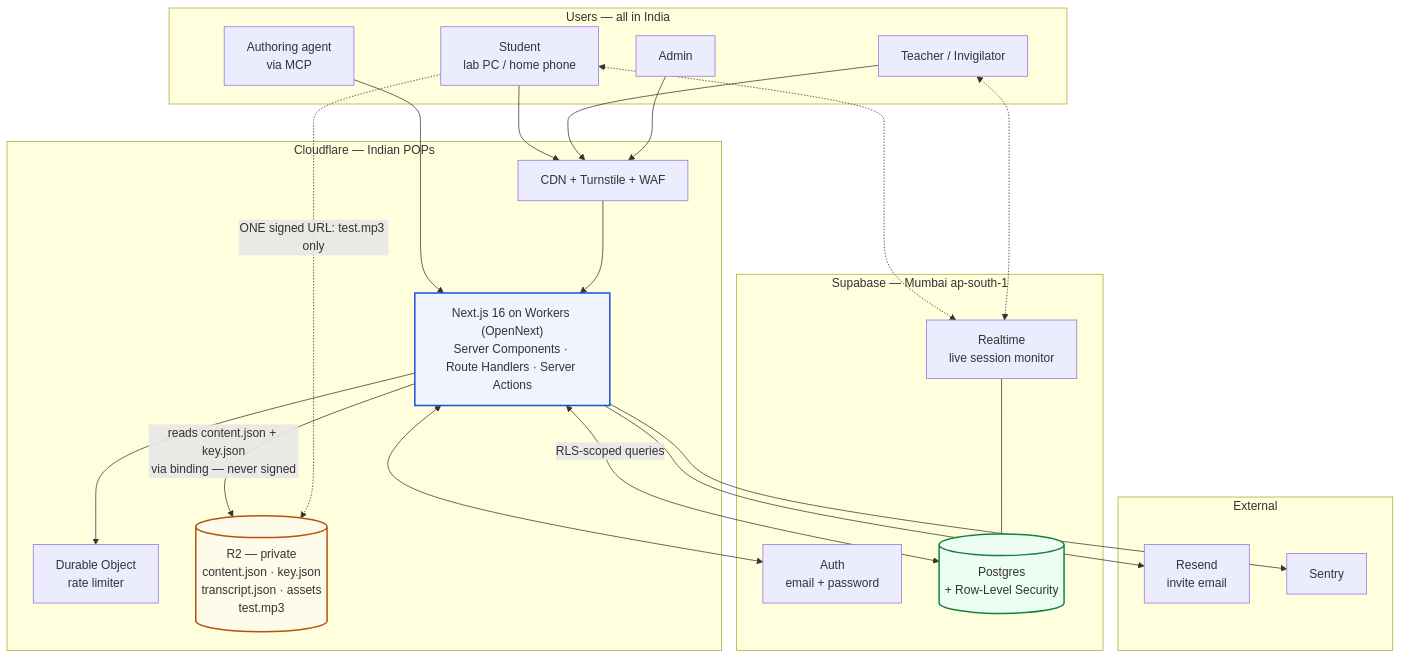
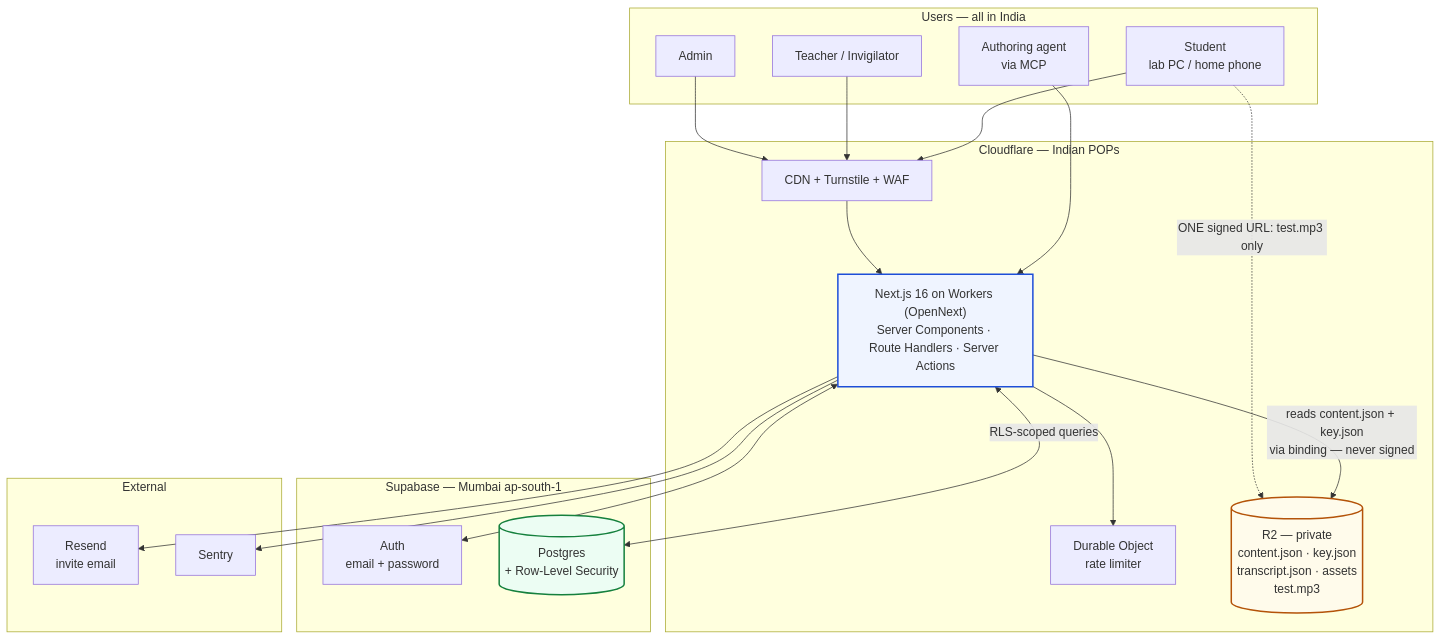
One commit to insigniaoverseas/insignia-ielts changed the first of 3 diagrams in MVP-1.md. Above: the diagram before and after it, drawn with Mermaid. The commit also changed other lines of this file and 2 other files, not shown here.

````diff
--- a/MVP-1.md
+++ b/MVP-1.md
@@ -174,47 +191,43 @@
 ```mermaid
 graph TB
     subgraph Users["Users — all in India"]
         ST["Student<br/>lab PC / home phone"]
         TC["Teacher / Invigilator"]
         AD["Admin"]
         MC["Authoring agent<br/>via MCP"]
     end
 
     subgraph Edge["Cloudflare — Indian POPs"]
         CDN["CDN + Turnstile + WAF"]
         W["Next.js 16 on Workers (OpenNext)<br/>Server Components · Route Handlers · Server Actions"]
         DO["Durable Object<br/>rate limiter"]
         R2[("R2 — private<br/>content.json · key.json<br/>transcript.json · assets<br/>test.mp3")]
     end
 
     subgraph SB["Supabase — Mumbai ap-south-1"]
         AUTH["Auth<br/>email + password"]
         PG[("Postgres<br/>+ Row-Level Security")]
-        RT["Realtime<br/>live session monitor"]
     end
 
     subgraph Ext["External"]
         RS["Resend<br/>invite email"]
         SEN["Sentry"]
     end
 
     ST --> CDN
     TC --> CDN
     AD --> CDN
     MC --> W
     CDN --> W
     W --> DO
     W -->|"reads content.json + key.json<br/>via binding — never signed"| R2
     ST -.->|"ONE signed URL: test.mp3 only"| R2
     W <--> AUTH
     W <-->|"RLS-scoped queries"| PG
-    ST <-.-> RT
-    TC <-.-> RT
-    RT --- PG
     W --> RS
     W --> SEN
 
     style W fill:#EFF4FF,stroke:#1D4ED8,stroke-width:2px
     style PG fill:#ECFDF3,stroke:#15803D,stroke-width:2px
     style R2 fill:#FFFBEB,stroke:#B45309,stroke-width:2px
 ```
````
